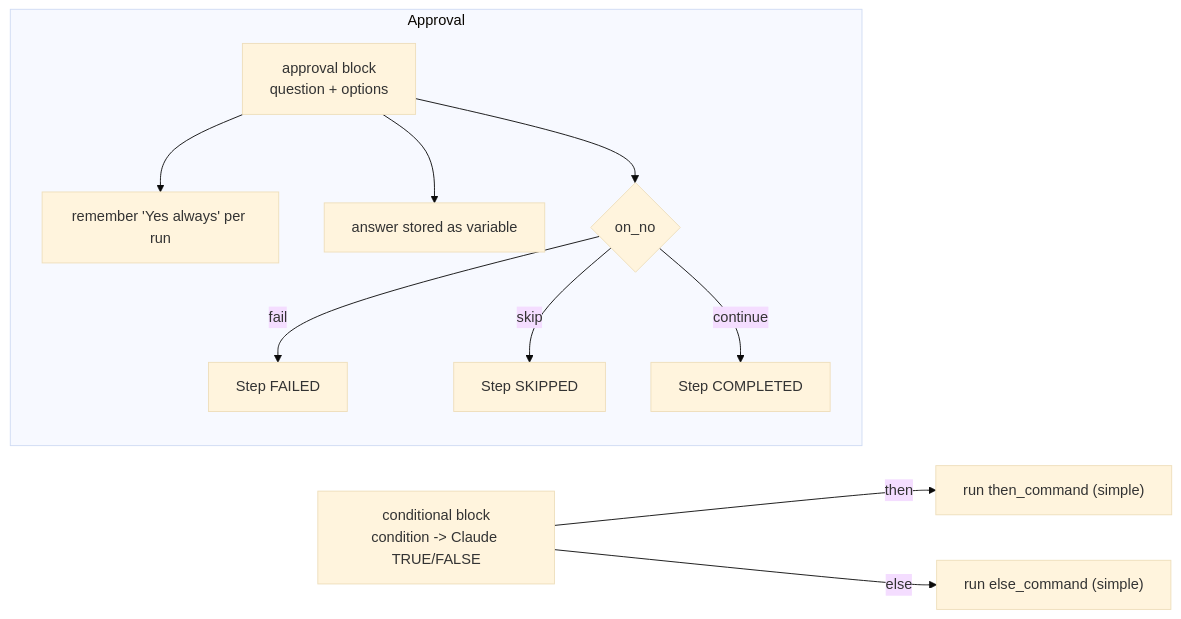
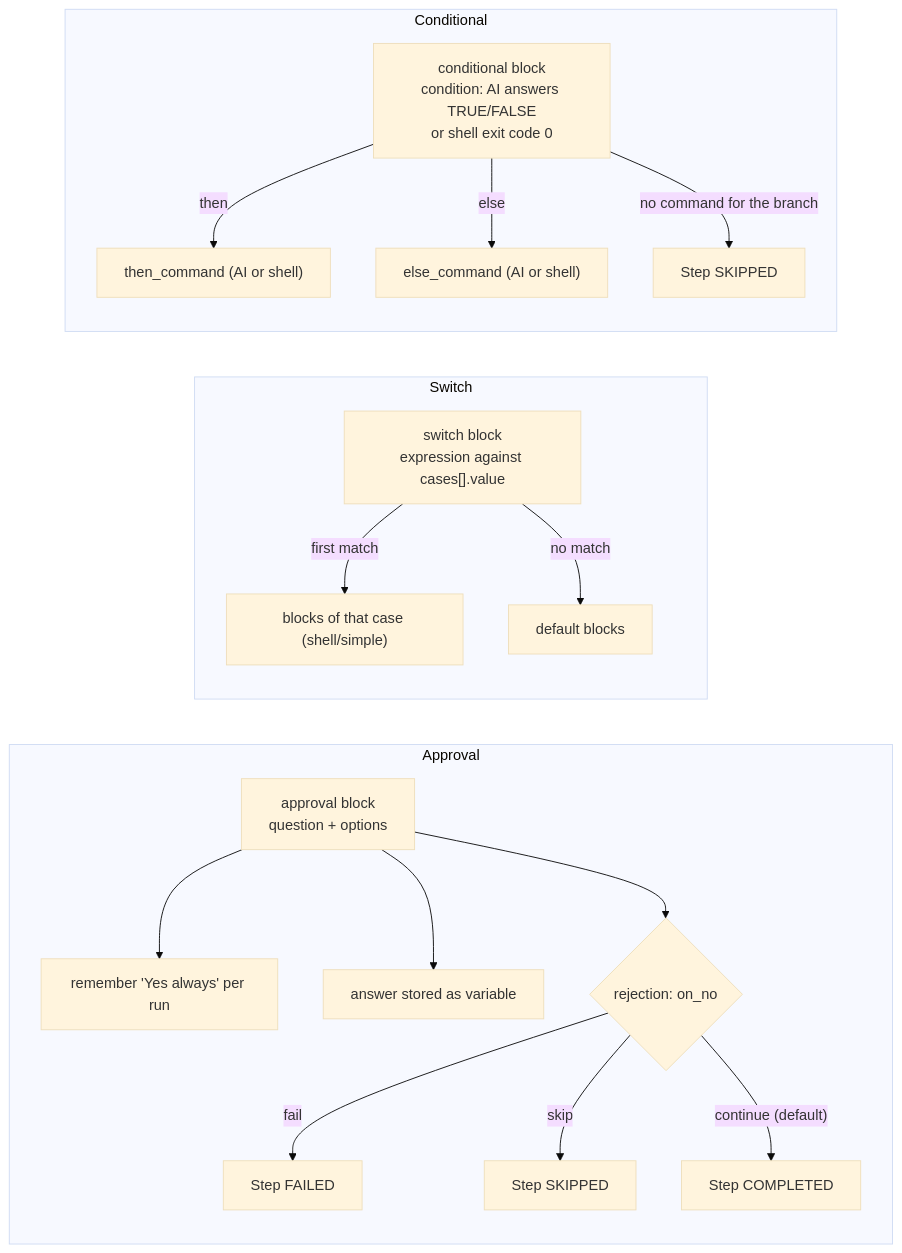
Before and after one commit to FLSEST/MySuricates: the fifth of 5 diagrams in docs/en/workflow-engine-diagrams.md, drawn with Mermaid (base theme). The commit also changed other lines of this file and 4 other files, not shown here.

First line of the commit message:
docs(diagramme): Engine page shows provider routing, host execution and the current block matrix

````diff
--- a/docs/en/workflow-engine-diagrams.md
+++ b/docs/en/workflow-engine-diagrams.md
@@ -138,13 +149,20 @@
 ```mermaid
 flowchart LR
-    A["conditional block<br/>condition -> Claude TRUE/FALSE"] -->|then| T["run then_command (simple)"]
-    A -->|else| E["run else_command (simple)"]
     subgraph Approval
         Q["approval block<br/>question + options"] --> MEM["remember 'Yes always' per run"]
         Q --> OUTC["answer stored as variable"]
-        Q --> DEC{"on_no"}
+        Q --> DEC{"rejection: on_no"}
         DEC -->|fail| FAIL["Step FAILED"]
         DEC -->|skip| SKIP["Step SKIPPED"]
-        DEC -->|continue| CONT["Step COMPLETED"]
+        DEC -->|"continue (default)"| CONT["Step COMPLETED"]
+    end
+    subgraph Switch
+        S["switch block<br/>expression against cases[].value"] -->|"first match"| CASE["blocks of that case (shell/simple)"]
+        S -->|"no match"| DEF["default blocks"]
+    end
+    subgraph Conditional
+        A["conditional block<br/>condition: AI answers TRUE/FALSE<br/>or shell exit code 0"] -->|then| T["then_command (AI or shell)"]
+        A -->|else| E["else_command (AI or shell)"]
+        A -->|"no command for the branch"| NOP["Step SKIPPED"]
     end
 ```
````
